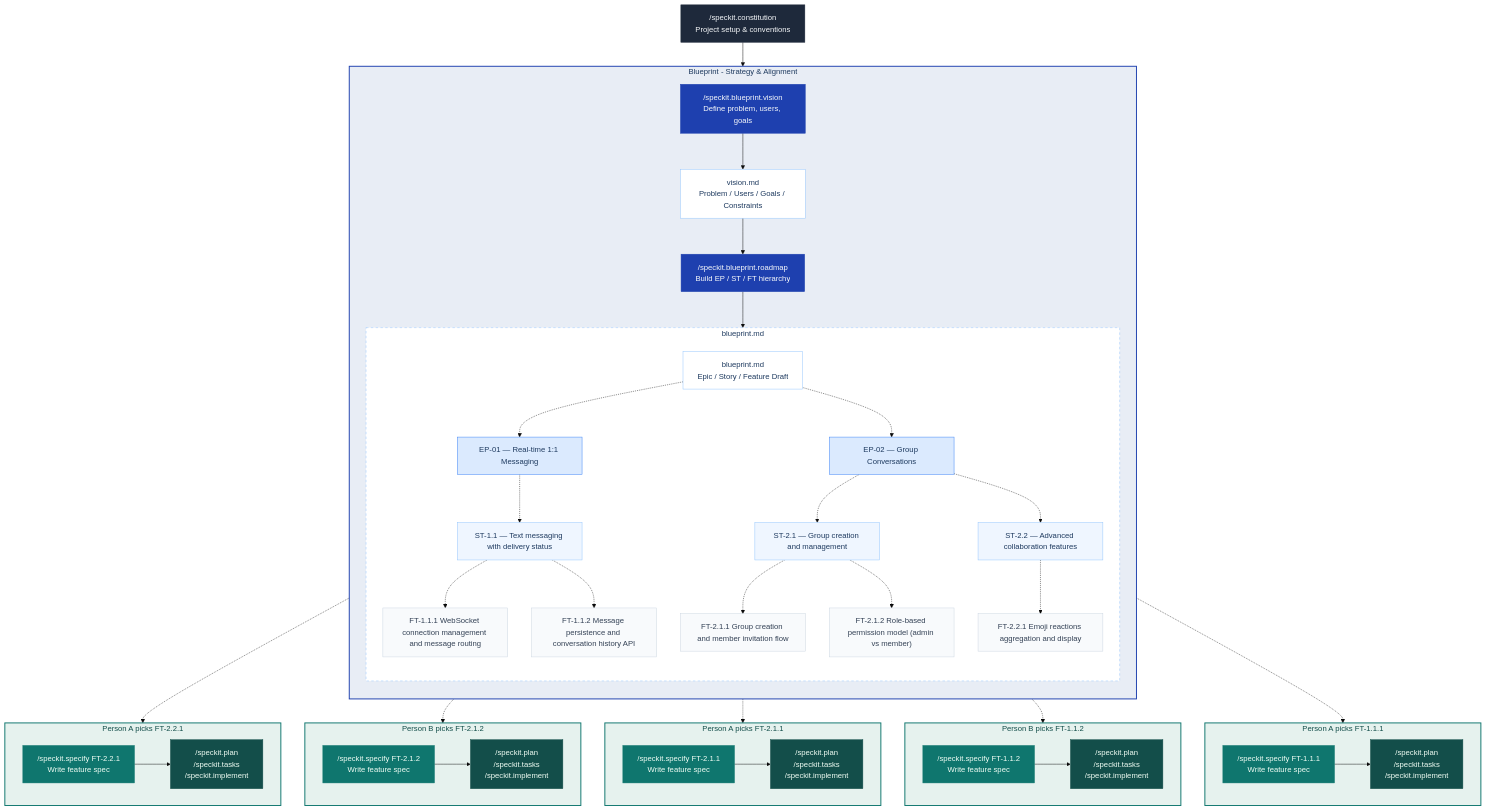
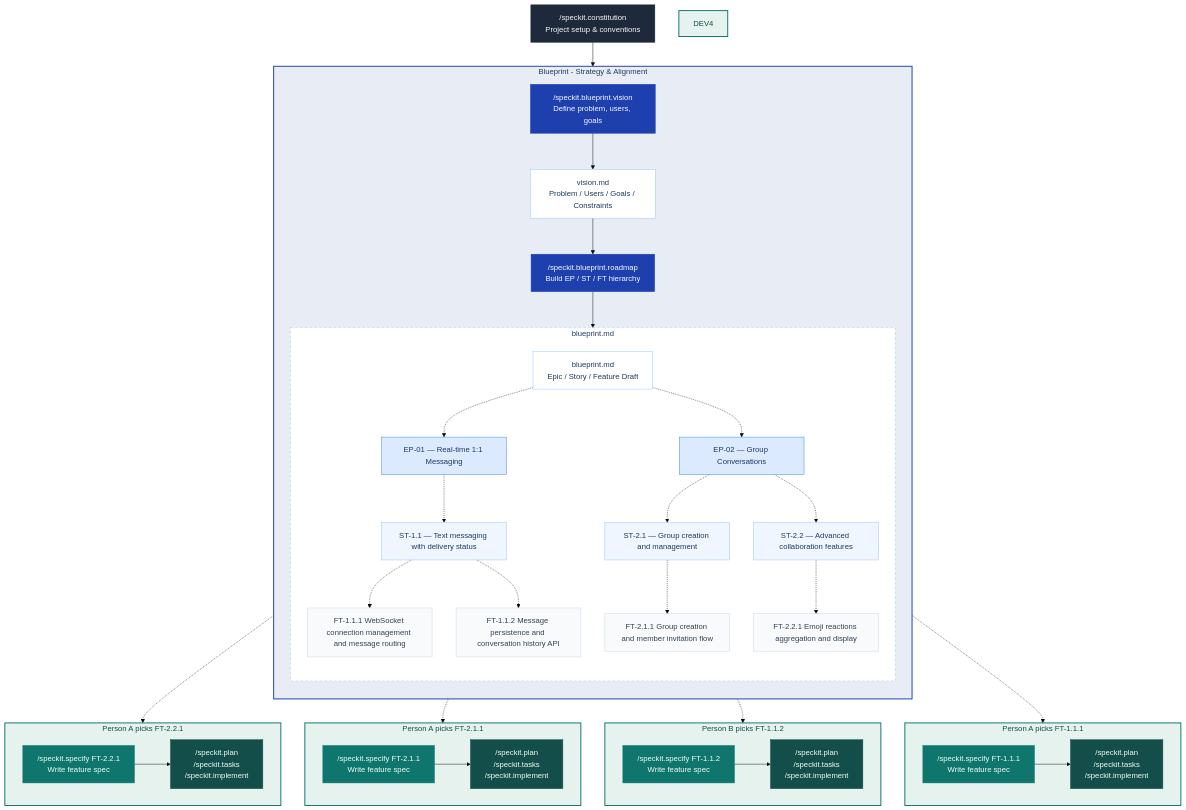
The diagram in README.md (jaeryun/spec-kit-blueprint), drawn with Mermaid (base theme) before and after one commit. The commit also changed other lines of this file, not shown here.

Commit message:
docs: remove FT-2.1.2 role-based permission model from mermaid diagram and examples

````diff
--- a/README.md
+++ b/README.md
@@ -39,7 +39,6 @@
             R -.-> EP2["EP-02 — Group Conversations"]
             EP2 -.-> ST2["ST-2.1 — Group creation and management"]
             ST2 -.-> FT_2_1_1["FT-2.1.1 Group creation and member invitation flow"]
-            ST2 -.-> FT_2_1_2["FT-2.1.2 Role-based permission model (admin vs member)"]
             EP2 -.-> ST3["ST-2.2 — Advanced collaboration features"]
             ST3 -.-> FT_2_2_1["FT-2.2.1 Emoji reactions aggregation and display"]
         end
@@ -60,11 +59,6 @@
         S_2_1_1["/speckit.specify FT-2.1.1<br/>Write feature spec"] --> N_2_1_1["/speckit.plan<br/>/speckit.tasks<br/>/speckit.implement"]
     end
 
-    subgraph DEV4 ["Person B picks FT-2.1.2"]
-        direction LR
-        S_2_1_2["/speckit.specify FT-2.1.2<br/>Write feature spec"] --> N_2_1_2["/speckit.plan<br/>/speckit.tasks<br/>/speckit.implement"]
-    end
-
     subgraph DEV5 ["Person A picks FT-2.2.1"]
         direction LR
         S_2_2_1["/speckit.specify FT-2.2.1<br/>Write feature spec"] --> N_2_2_1["/speckit.plan<br/>/speckit.tasks<br/>/speckit.implement"]
@@ -73,7 +67,6 @@
     FT_1_1_1 -.-> S_1_1_1
     FT_1_1_2 -.-> S_1_1_2
     FT_2_1_1 -.-> S_2_1_1
-    FT_2_1_2 -.-> S_2_1_2
     FT_2_2_1 -.-> S_2_2_1
 
     style BP fill:#e8edf5,stroke:#1e40af,stroke-width:2px,color:#1e3a5f
@@ -96,16 +89,13 @@
     style FT_1_1_1 fill:#f8fafc,stroke:#cbd5e1,color:#334155
     style FT_1_1_2 fill:#f8fafc,stroke:#cbd5e1,color:#334155
     style FT_2_1_1 fill:#f8fafc,stroke:#cbd5e1,color:#334155
-    style FT_2_1_2 fill:#f8fafc,stroke:#cbd5e1,color:#334155
     style FT_2_2_1 fill:#f8fafc,stroke:#cbd5e1,color:#334155
     style S_1_1_1 fill:#0f766e,stroke:#0f766e,color:#f0fdf4
     style S_1_1_2 fill:#0f766e,stroke:#0f766e,color:#f0fdf4
     style S_2_1_1 fill:#0f766e,stroke:#0f766e,color:#f0fdf4
-    style S_2_1_2 fill:#0f766e,stroke:#0f766e,color:#f0fdf4
     style S_2_2_1 fill:#0f766e,stroke:#0f766e,color:#f0fdf4
     style N_1_1_1 fill:#134e4a,stroke:#134e4a,color:#f0fdf4
     style N_1_1_2 fill:#134e4a,stroke:#134e4a,color:#f0fdf4
     style N_2_1_1 fill:#134e4a,stroke:#134e4a,color:#f0fdf4
-    style N_2_1_2 fill:#134e4a,stroke:#134e4a,color:#f0fdf4
     style N_2_2_1 fill:#134e4a,stroke:#134e4a,color:#f0fdf4
 ```
````
